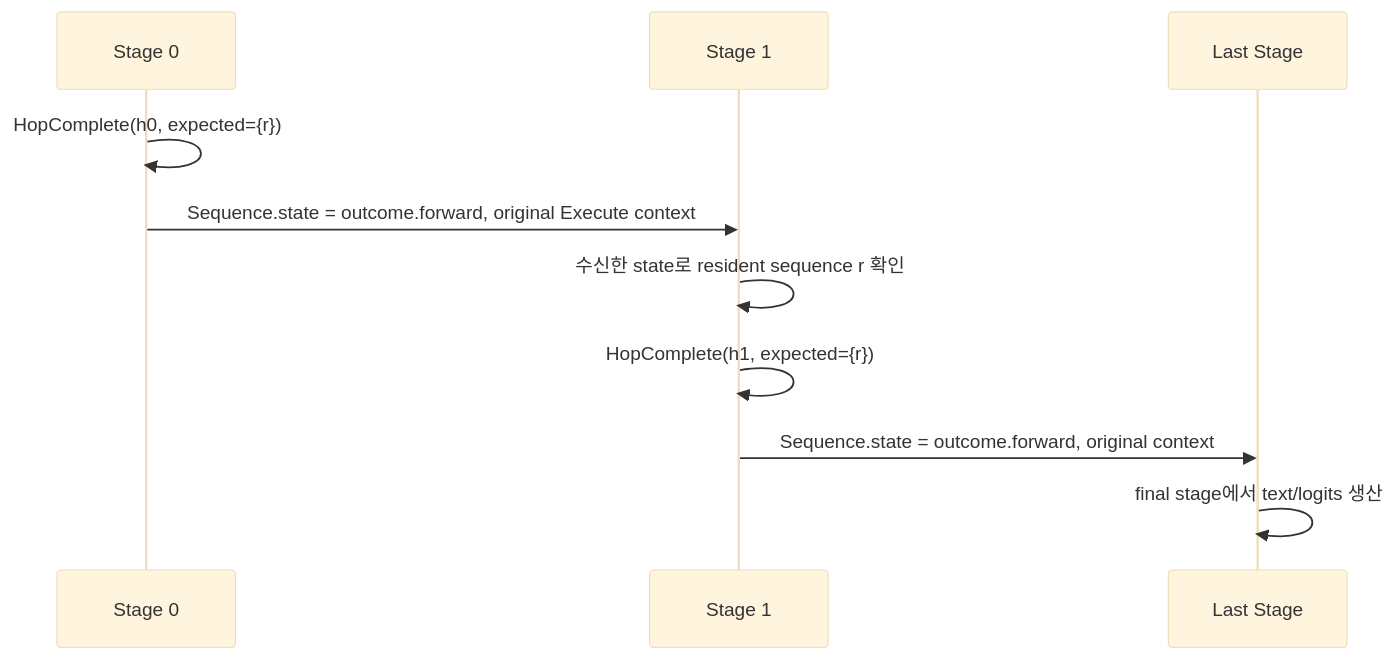
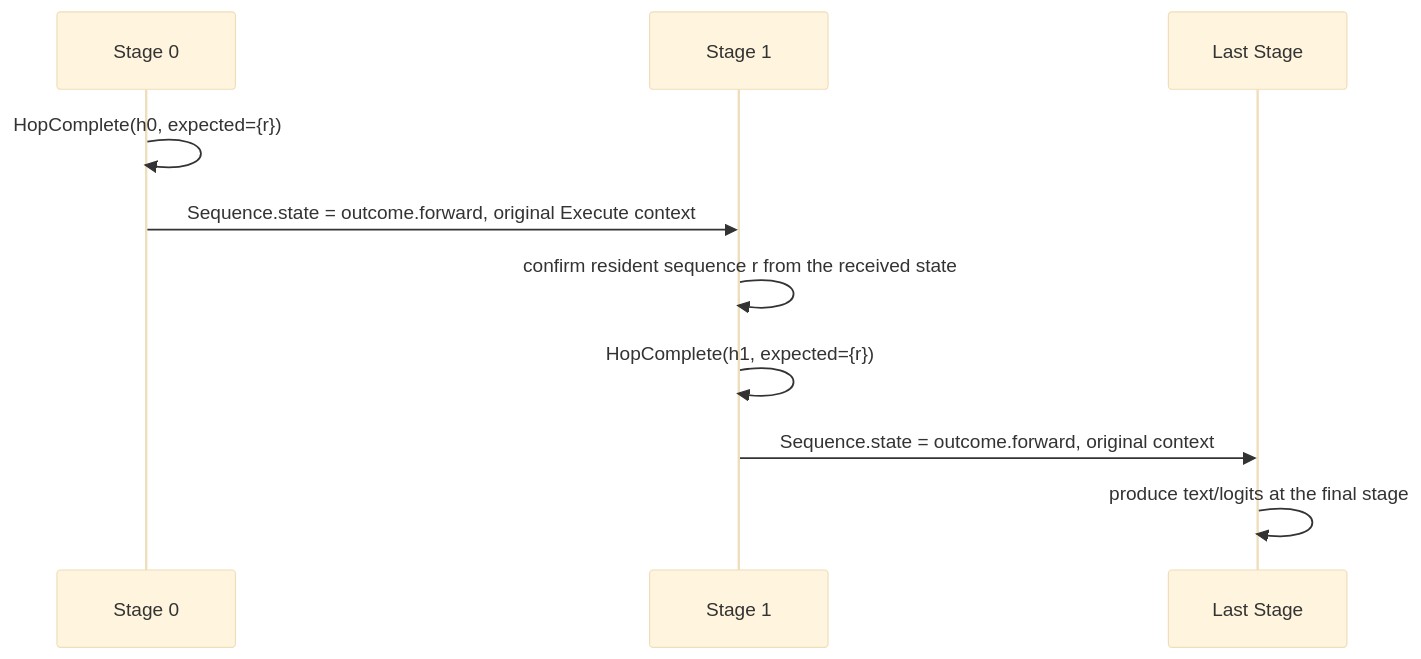
Before and after one commit to louisevandan/kvasir-net: the third of 10 diagrams in docs/protocol.md, drawn with Mermaid (base theme). The commit also changed other lines of this file and 212 other files, not shown here.

````diff
--- a/docs/protocol.md
+++ b/docs/protocol.md
@@ -1529,13 +1591,13 @@
 ```mermaid
 sequenceDiagram
     participant N0 as Stage 0
     participant N1 as Stage 1
     participant N2 as Last Stage
 
     N0->>N0: HopComplete(h0, expected={r})
     N0->>N1: Sequence.state = outcome.forward, original Execute context
-    N1->>N1: 수신한 state로 resident sequence r 확인
+    N1->>N1: confirm resident sequence r from the received state
     N1->>N1: HopComplete(h1, expected={r})
     N1->>N2: Sequence.state = outcome.forward, original context
-    N2->>N2: final stage에서 text/logits 생산
+    N2->>N2: produce text/logits at the final stage
 ```
````
